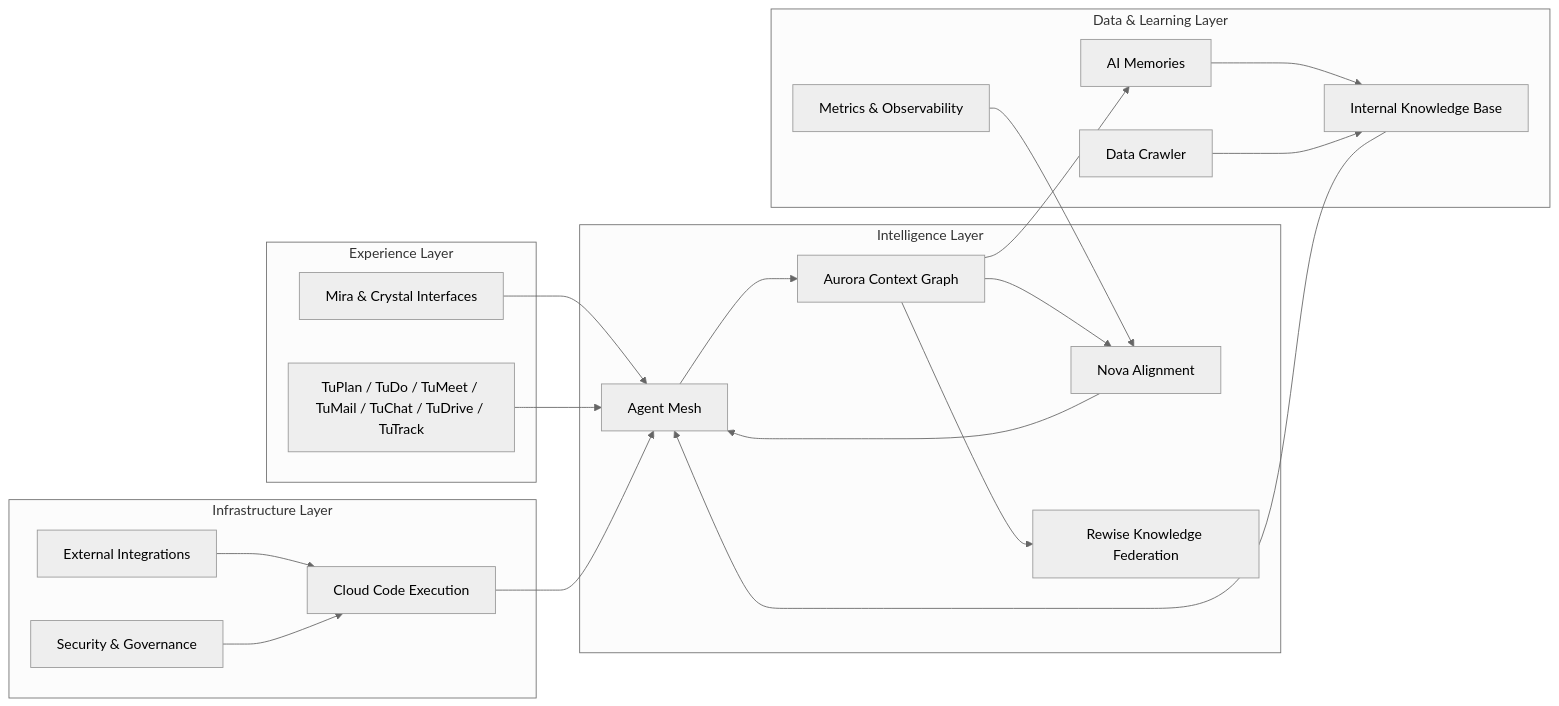
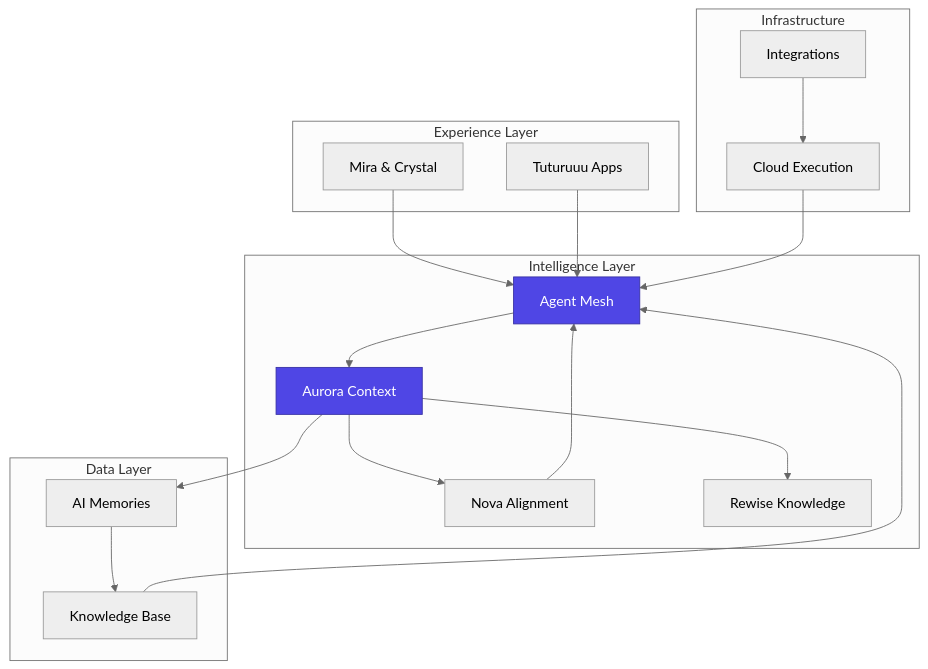
One commit to mad-code333/tuturu changed the third of 3 diagrams in apps/docs/overview/vision.mdx. Above: the diagram before and after it, drawn with Mermaid (neutral theme). The commit also changed other lines of this file and 3 other files, not shown here.

Commit message:
refactor(docs): update Mermaid diagrams to improve clarity and consistency across documentation

````diff
--- a/apps/docs/overview/vision.mdx
+++ b/apps/docs/overview/vision.mdx
@@ -172,39 +151,39 @@
 ```mermaid
-flowchart LR
-    subgraph "Experience Layer"
-        MiraXP["Mira & Crystal Interfaces"]
-        AppsXP["TuPlan / TuDo / TuMeet / TuMail / TuChat / TuDrive / TuTrack"]
-    end
-    subgraph "Intelligence Layer"
-        AgentsInt["Agent Mesh"]
-        AuroraInt["Aurora Context Graph"]
-        NovaInt["Nova Alignment"]
-        RewiseInt["Rewise Knowledge Federation"]
-    end
-    subgraph "Data & Learning Layer"
-        Memories["AI Memories"]
-        Knowledge["Internal Knowledge Base"]
-        Crawler["Data Crawler"]
-        Metrics["Metrics & Observability"]
-    end
-    subgraph "Infrastructure Layer"
-        CloudExec["Cloud Code Execution"]
-        Integrations["External Integrations"]
-        Security["Security & Governance"]
+graph TB
+    subgraph Experience["Experience Layer"]
+        Mira["Mira & Crystal"]
+        Apps["Tuturuuu Apps"]
     end
 
-    MiraXP --> AgentsInt
-    AppsXP --> AgentsInt
-    AgentsInt --> AuroraInt
-    AuroraInt --> RewiseInt
-    AuroraInt --> NovaInt
-    NovaInt --> AgentsInt
-    AuroraInt --> Memories
-    Memories --> Knowledge
-    Crawler --> Knowledge
-    Knowledge --> AgentsInt
-    Metrics --> NovaInt
-    CloudExec --> AgentsInt
-    Integrations --> CloudExec
-    Security --> CloudExec
+    subgraph Intelligence["Intelligence Layer"]
+        Agents["Agent Mesh"]
+        Aurora["Aurora Context"]
+        Nova["Nova Alignment"]
+        Rewise["Rewise Knowledge"]
+    end
+
+    subgraph Data["Data Layer"]
+        Memory["AI Memories"]
+        KB["Knowledge Base"]
+    end
+
+    subgraph Infra["Infrastructure"]
+        Cloud["Cloud Execution"]
+        Integrations["Integrations"]
+    end
+
+    Mira --> Agents
+    Apps --> Agents
+    Agents --> Aurora
+    Aurora --> Rewise
+    Aurora --> Nova
+    Nova --> Agents
+    Aurora --> Memory
+    Memory --> KB
+    KB --> Agents
+    Cloud --> Agents
+    Integrations --> Cloud
+
+    style Agents fill:#4f46e5,stroke:#3730a3,color:#fff
+    style Aurora fill:#4f46e5,stroke:#3730a3,color:#fff
 ```
````
